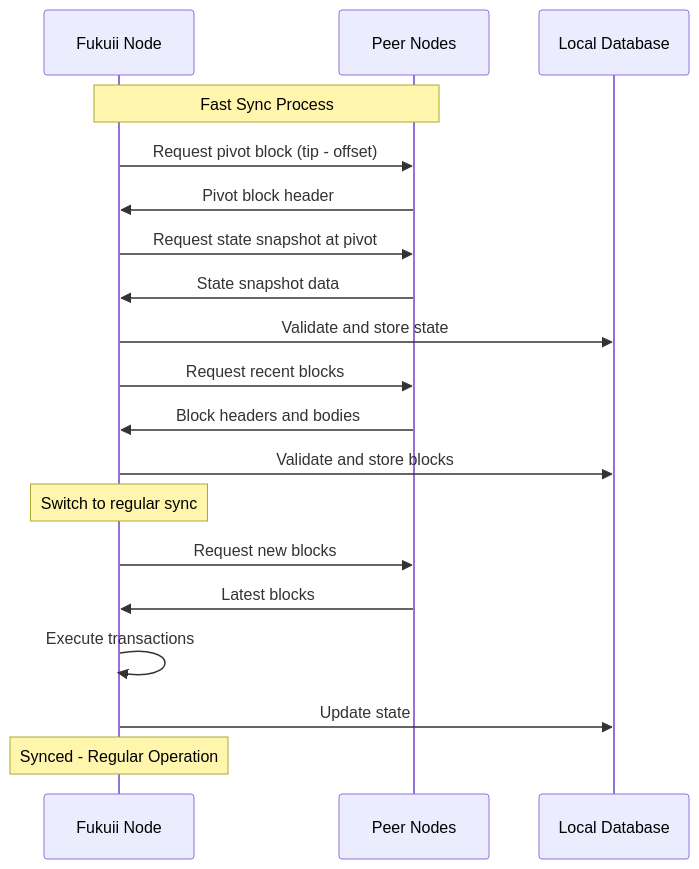
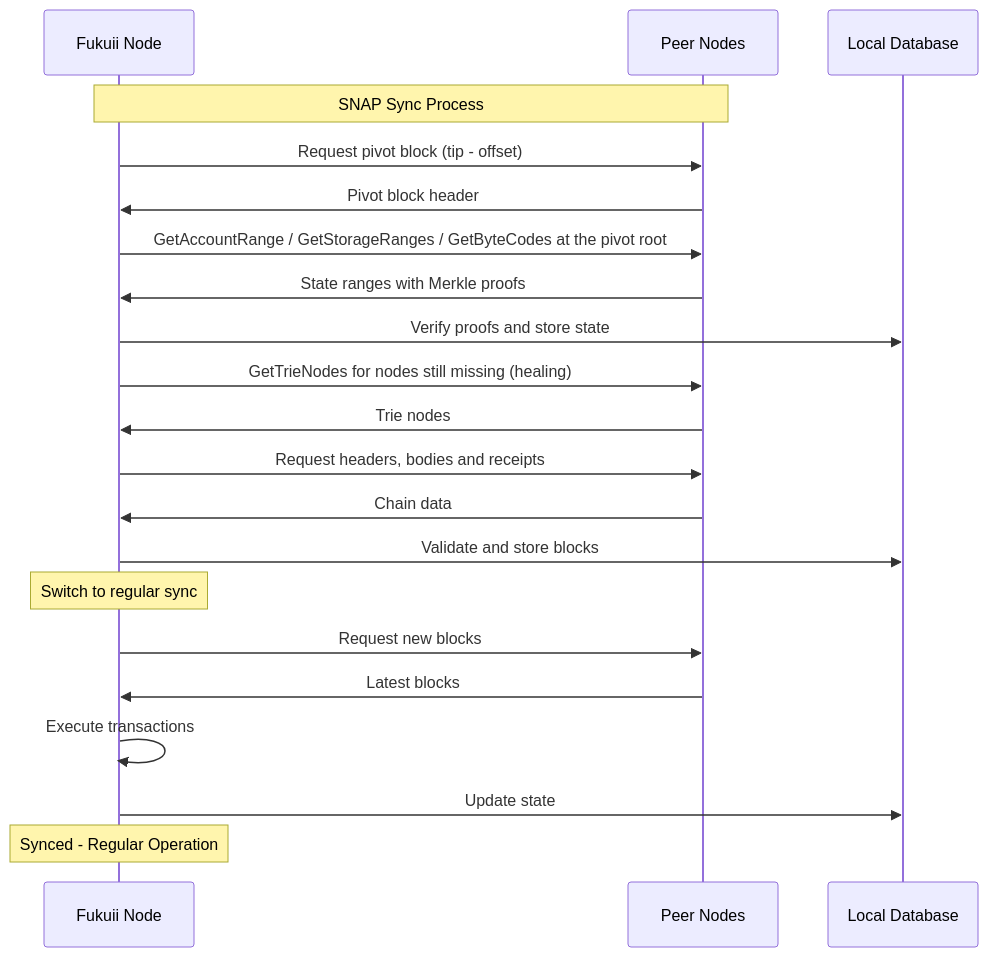
One commit to chippr-robotics/fukuii changed the third of 4 diagrams in docs/runbooks/operating-modes.md. Above: the diagram before and after it, drawn with Mermaid. The commit also changed other lines of this file and 17 other files, not shown here.

First line of the commit message:
docs: remove fast sync from the operator docs; add the upgrade note

````diff
--- a/docs/runbooks/operating-modes.md
+++ b/docs/runbooks/operating-modes.md
@@ -809,26 +825,28 @@
 ```mermaid
 sequenceDiagram
     participant N as Fukuii Node
     participant P as Peer Nodes
     participant DB as Local Database
     
-    Note over N,P: Fast Sync Process
+    Note over N,P: SNAP Sync Process
     
     N->>P: Request pivot block (tip - offset)
     P->>N: Pivot block header
-    N->>P: Request state snapshot at pivot
-    P->>N: State snapshot data
-    N->>DB: Validate and store state
-    N->>P: Request recent blocks
-    P->>N: Block headers and bodies
+    N->>P: GetAccountRange / GetStorageRanges / GetByteCodes at the pivot root
+    P->>N: State ranges with Merkle proofs
+    N->>DB: Verify proofs and store state
+    N->>P: GetTrieNodes for nodes still missing (healing)
+    P->>N: Trie nodes
+    N->>P: Request headers, bodies and receipts
+    P->>N: Chain data
     N->>DB: Validate and store blocks
     
     Note over N: Switch to regular sync
     
     N->>P: Request new blocks
     P->>N: Latest blocks
     N->>N: Execute transactions
     N->>DB: Update state
     
     Note over N: Synced - Regular Operation
 ```
````
